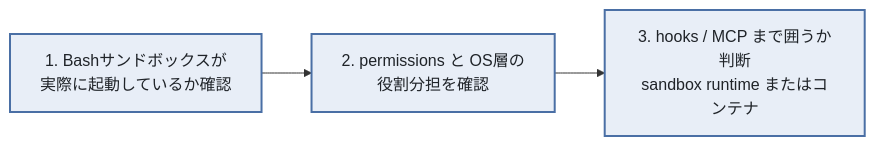
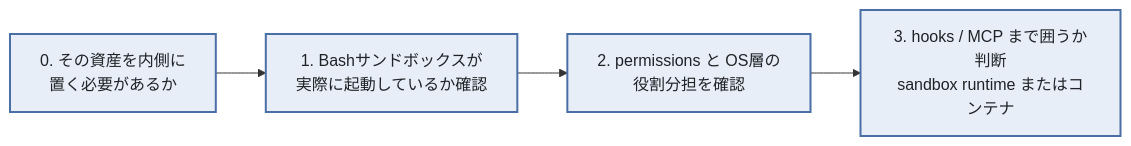
One commit to shun968/marketing-data-pipeline changed the sixth of 6 diagrams in docs/isolation.md. Above: the diagram before and after it, drawn with Mermaid. The commit also changed other lines of this file and 15 other files, not shown here.

````diff
--- a/docs/isolation.md
+++ b/docs/isolation.md
@@ -317,11 +350,12 @@
 ```mermaid
 flowchart LR
+    s0["0. その資産を内側に<br/>置く必要があるか"]
     s1["1. Bashサンドボックスが<br/>実際に起動しているか確認"]
     s2["2. permissions と OS層の<br/>役割分担を確認"]
     s3["3. hooks / MCP まで囲うか判断<br/>sandbox runtime またはコンテナ"]
 
-    s1 --> s2 --> s3
+    s0 --> s1 --> s2 --> s3
 
     classDef step fill:#e8eef7,stroke:#4a6fa5,stroke-width:2px,color:#1f2328
-    class s1,s2,s3 step
+    class s0,s1,s2,s3 step
 ```
````
